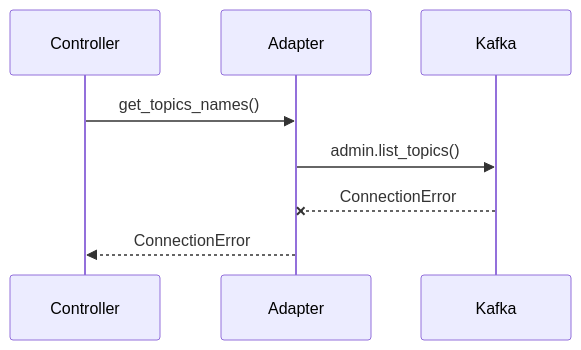
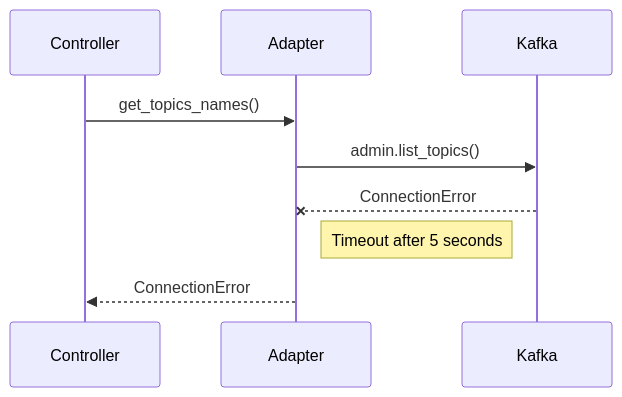
Before and after one commit to Perchinka/kandy_kafka: the second of 2 diagrams in design/sequnce_diagrams.md, drawn with Mermaid. The commit also changed 12 other files, not shown here.

````diff
--- a/design/sequnce_diagrams.md
+++ b/design/sequnce_diagrams.md
@@ -18,12 +18,12 @@
 ```mermaid
 sequenceDiagram
     participant Controller
     participant Adapter
     participant Kafka
 
     Controller->>Adapter: get_topics_names()
     Adapter->>Kafka: admin.list_topics()
     Kafka--x Adapter: ConnectionError
+    Note right of Adapter: Timeout after 5 seconds
     Adapter-->>Controller: ConnectionError
-
 ```
````
